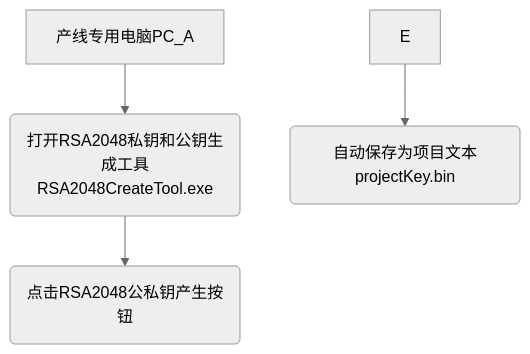
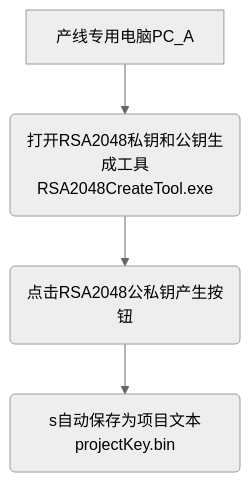
Before and after one commit to facebook-cloud/iodraw-files: the diagram in all/未命名-10.md, drawn with Mermaid (neutral theme).

Commit message:
2026-01-06 20:26:49 update

````diff
--- a/all/未命名-10.md
+++ b/all/未命名-10.md
@@ -1,7 +1,6 @@
 ```mermaid
 graph TD
     A[产线专用电脑PC_A] --> B(打开RSA2048私钥和公钥生成工具RSA2048CreateTool.exe)
     B --> C(点击RSA2048公私钥产生按钮)
-
-    E --> F(自动保存为项目文本projectKey.bin)
+    C --> F(s自动保存为项目文本projectKey.bin)
 ```
````
